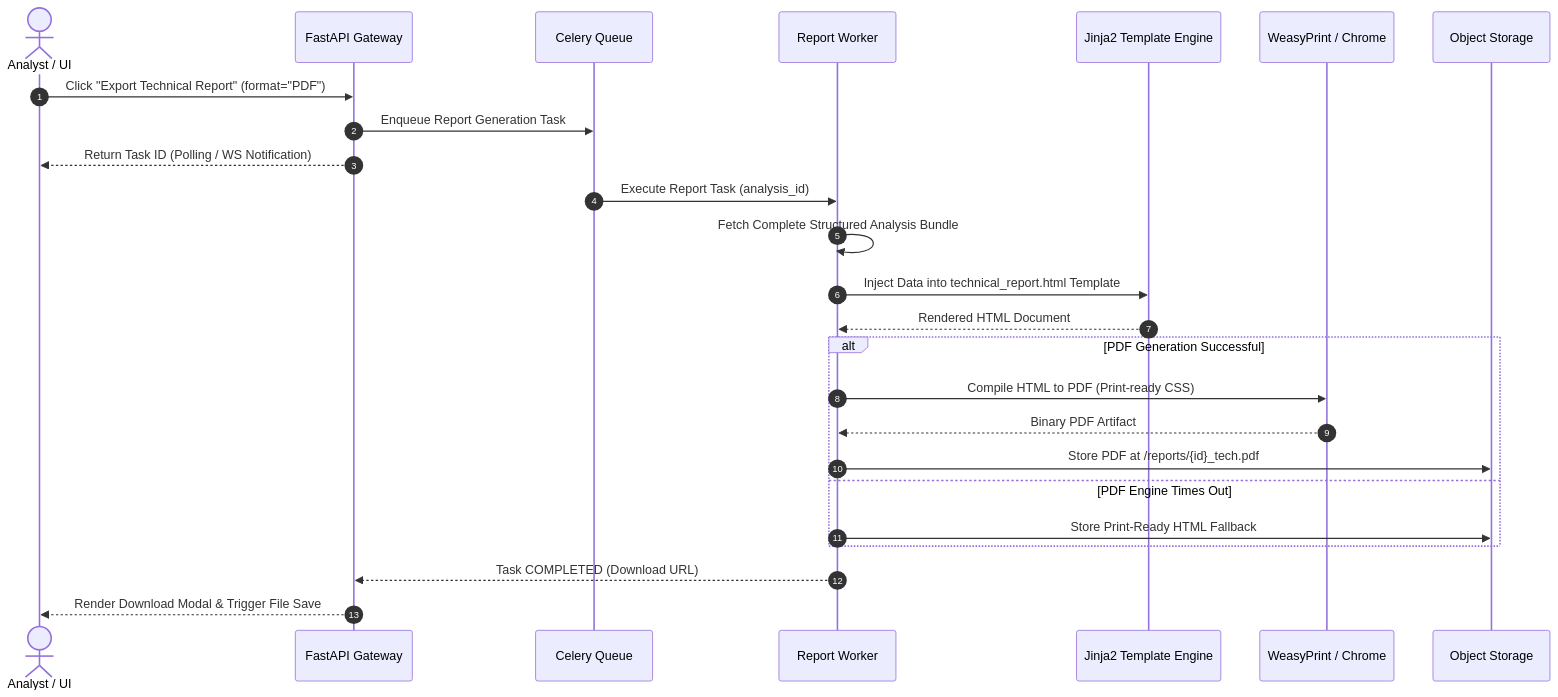
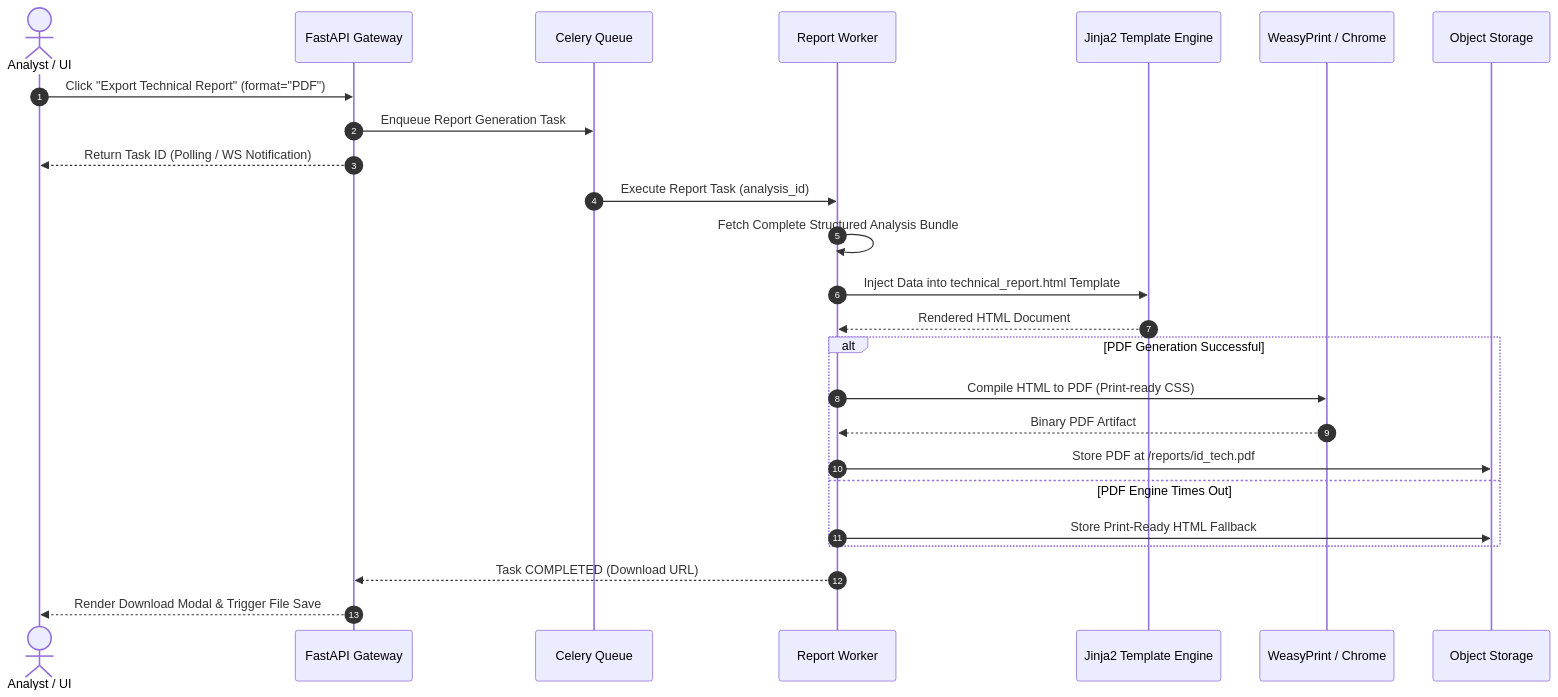
One commit to sharancode3/TunnelTrace-AI changed diagram 19 of 35 in docs/architecture/WORKFLOW.md. Above: the diagram before and after it, drawn with Mermaid. The commit also changed other lines of this file and 14 other files, not shown here.

Commit message:
fix(docs): standardize all Mermaid diagram syntax for GitHub rendering

````diff
--- a/docs/architecture/WORKFLOW.md
+++ b/docs/architecture/WORKFLOW.md
@@ -908,31 +982,33 @@
 ```mermaid
+
 sequenceDiagram
     autonumber
     actor Analyst as Analyst / UI
     participant API as FastAPI Gateway
     participant Q as Celery Queue
     participant REP as Report Worker
     participant JINJA as Jinja2 Template Engine
     participant PDF as WeasyPrint / Chrome
     participant S3 as Object Storage
 
     Analyst->>API: Click "Export Technical Report" (format="PDF")
     API->>Q: Enqueue Report Generation Task
     API-->>Analyst: Return Task ID (Polling / WS Notification)
     
     Q->>REP: Execute Report Task (analysis_id)
     REP->>REP: Fetch Complete Structured Analysis Bundle
     REP->>JINJA: Inject Data into technical_report.html Template
     JINJA-->>REP: Rendered HTML Document
     
     alt PDF Generation Successful
         REP->>PDF: Compile HTML to PDF (Print-ready CSS)
         PDF-->>REP: Binary PDF Artifact
-        REP->>S3: Store PDF at /reports/{id}_tech.pdf
+        REP->>S3: Store PDF at /reports/id_tech.pdf
     else PDF Engine Times Out
         REP->>S3: Store Print-Ready HTML Fallback
     end
     
     REP-->>API: Task COMPLETED (Download URL)
     API-->>Analyst: Render Download Modal & Trigger File Save
+
 ```
````
